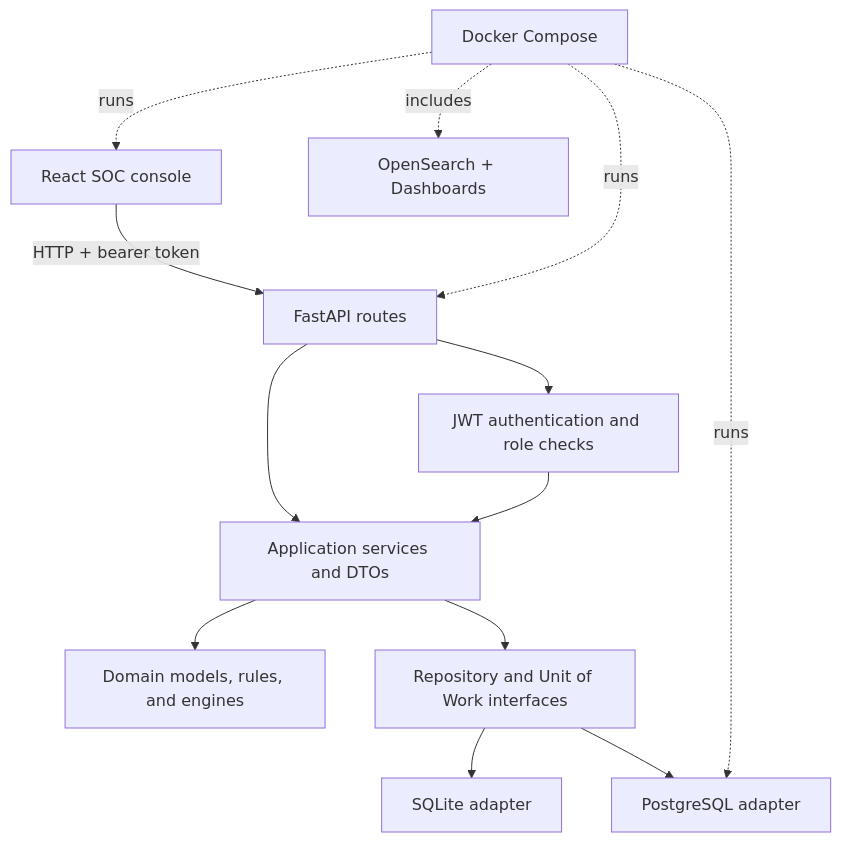
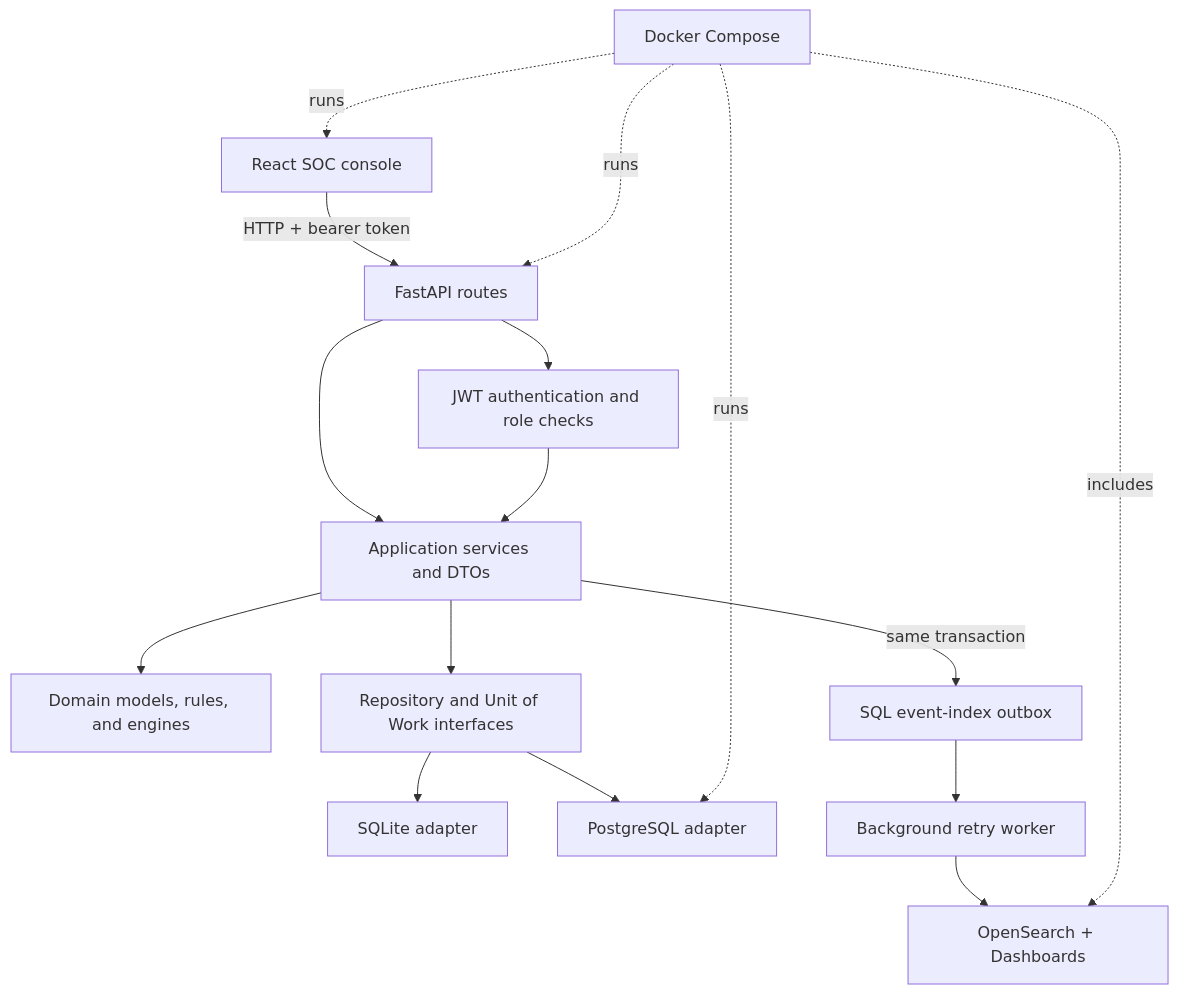
The first of 3 diagrams in docs/ARCHITECTURE.md (MikeYu76/soc-platform), drawn with Mermaid before and after one commit. The commit also changed other lines of this file and 15 other files, not shown here.

````diff
--- a/docs/ARCHITECTURE.md
+++ b/docs/ARCHITECTURE.md
@@ -7,15 +7,18 @@
 ```mermaid
 flowchart TB
     UI[React SOC console] -->|HTTP + bearer token| API[FastAPI routes]
     API --> APP[Application services and DTOs]
     APP --> DOMAIN[Domain models, rules, and engines]
     APP --> PORTS[Repository and Unit of Work interfaces]
     PORTS --> SQLITE[SQLite adapter]
     PORTS --> POSTGRES[PostgreSQL adapter]
+    APP -->|same transaction| OUTBOX[SQL event-index outbox]
+    OUTBOX --> WORKER[Background retry worker]
+    WORKER --> OS
     API --> AUTH[JWT authentication and role checks]
     AUTH --> APP
     COMPOSE[Docker Compose] -. runs .-> UI
     COMPOSE -. runs .-> API
     COMPOSE -. runs .-> POSTGRES
     COMPOSE -. includes .-> OS[OpenSearch + Dashboards]
 ```
````
